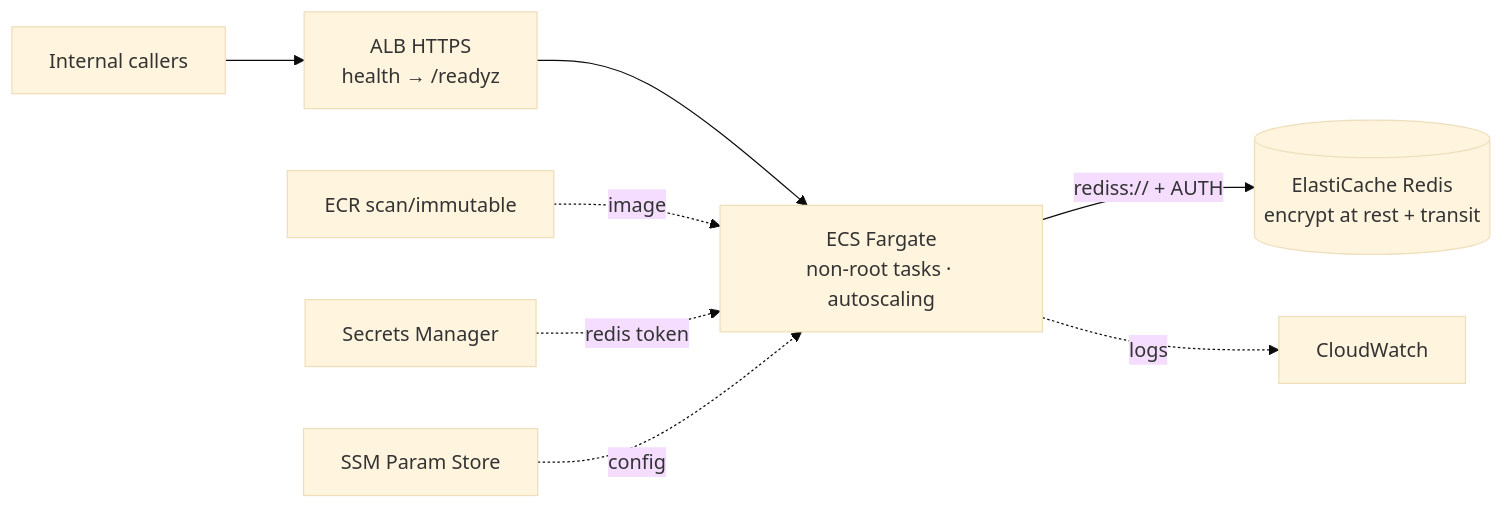
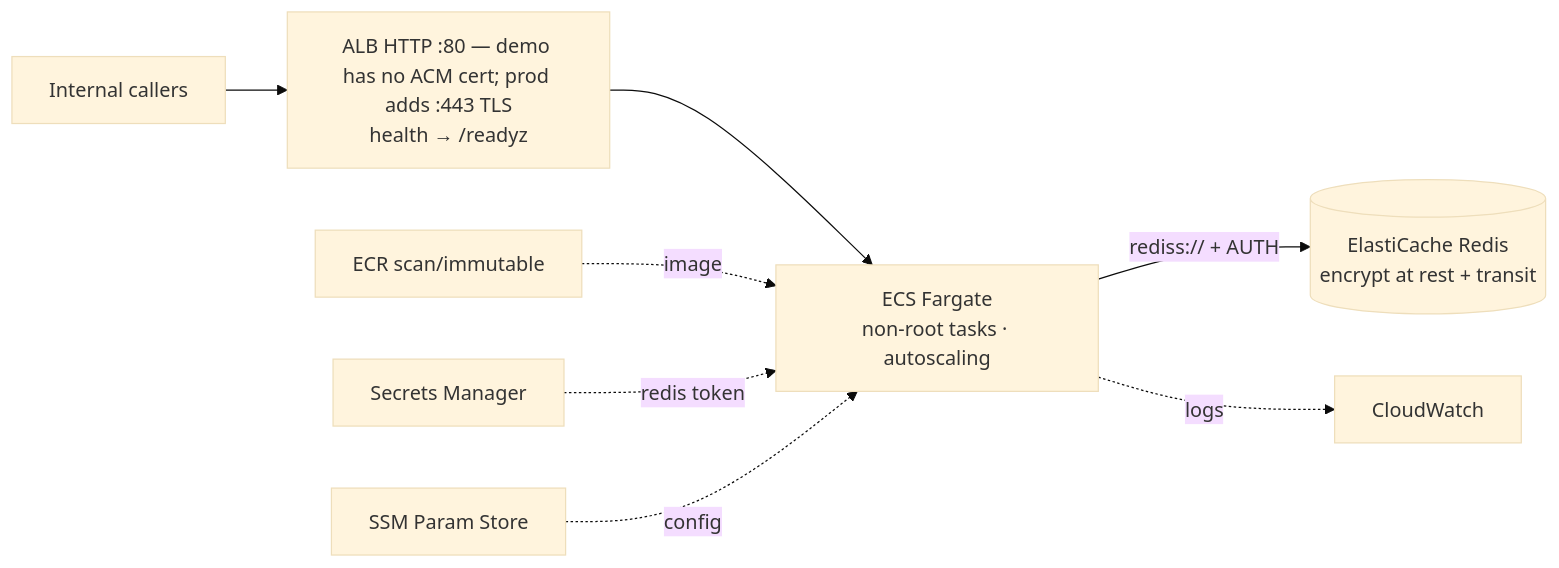
Diagram 13 of 13 in docs/diagrams.md (ArashM0z/auth-api), drawn with Mermaid (base theme) before and after one commit. The commit also changed other lines of this file and 11 other files, not shown here.

````diff
--- a/docs/diagrams.md
+++ b/docs/diagrams.md
@@ -206,9 +215,9 @@
 ```mermaid
 flowchart LR
-  U[Internal callers] --> ALB[ALB HTTPS<br/>health → /readyz] --> ECS[ECS Fargate<br/>non-root tasks · autoscaling]
+  U[Internal callers] --> ALB["ALB HTTP :80 — demo has no ACM cert; prod adds :443 TLS<br/>health → /readyz"] --> ECS[ECS Fargate<br/>non-root tasks · autoscaling]
   ECS -->|rediss:// + AUTH| EC[(ElastiCache Redis<br/>encrypt at rest + transit)]
   ECR[ECR scan/immutable] -.image.-> ECS
   SM[Secrets Manager] -.redis token.-> ECS
   SSM[SSM Param Store] -.config.-> ECS
   ECS -.logs.-> CW[CloudWatch]
 ```
````
